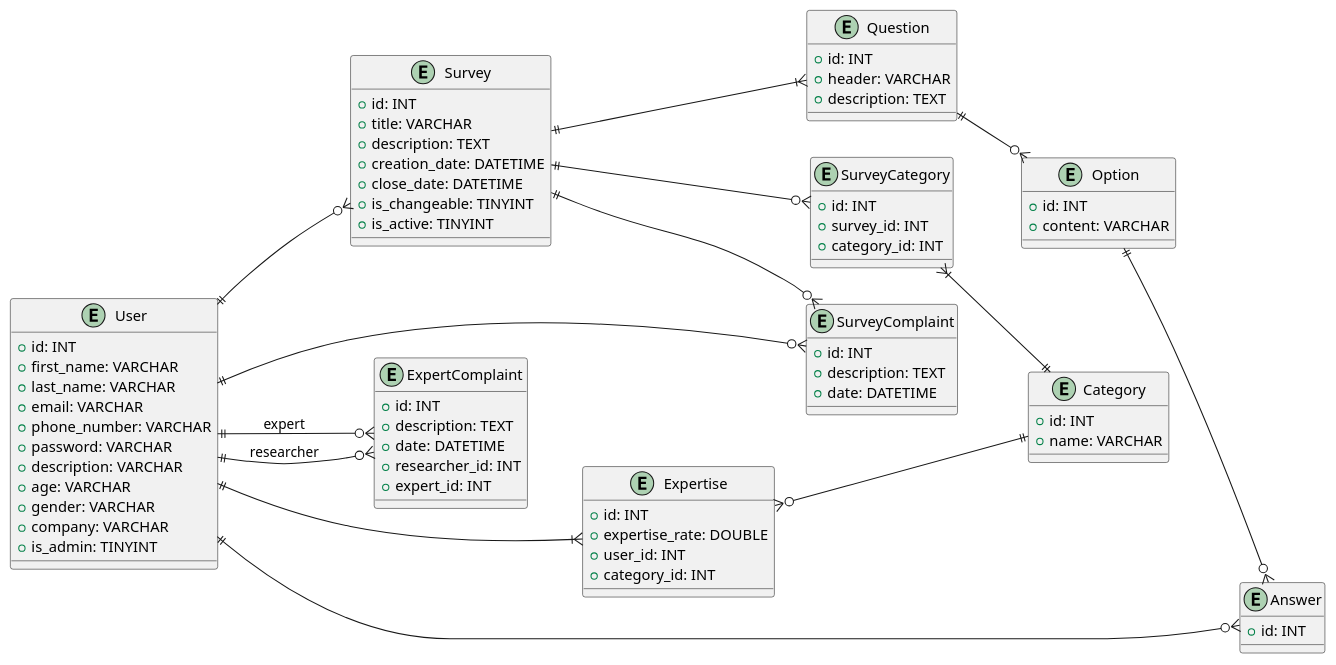
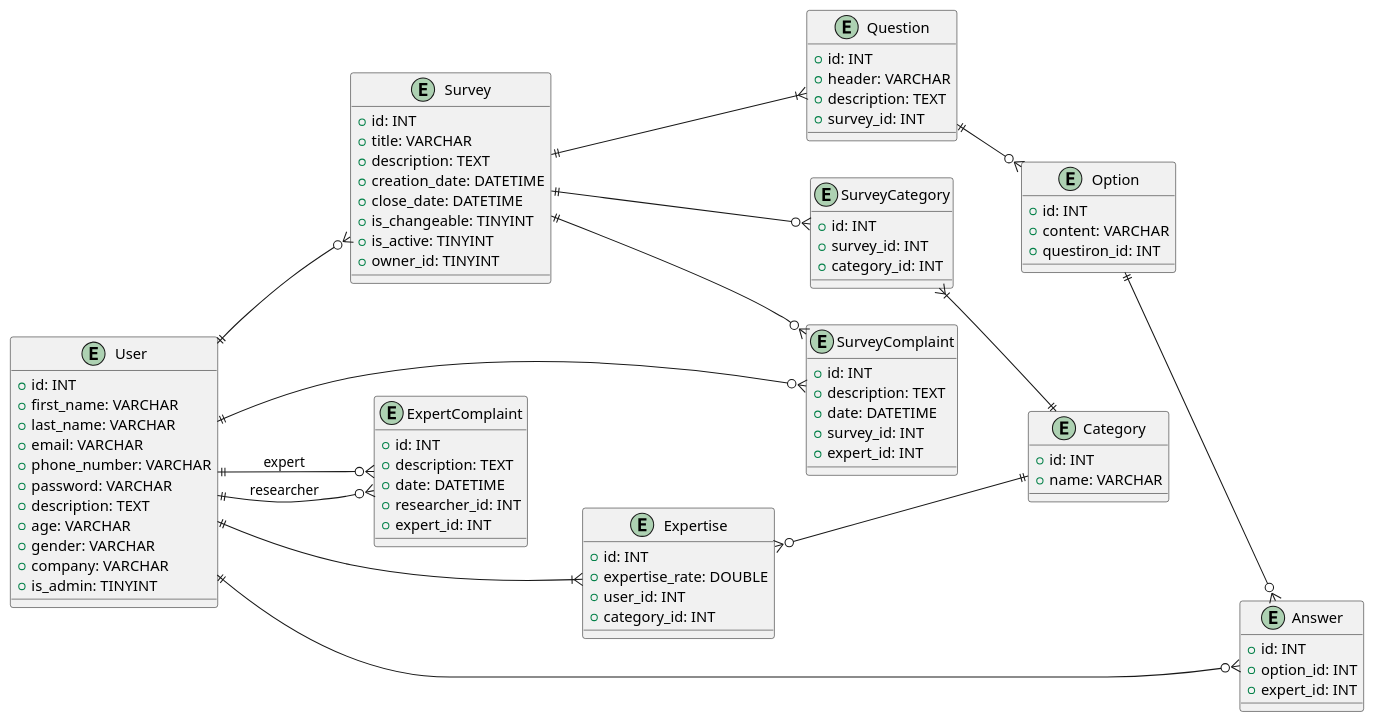
Before and after one commit to generalmaks/db_labs: the second of 2 diagrams in docs/design.md, drawn with PlantUML.

Commit message:
fix Er model

```diff
--- a/docs/design.md
+++ b/docs/design.md
@@ -150,7 +150,7 @@
     + email: VARCHAR
     + phone_number: VARCHAR
     + password: VARCHAR 
-    + description: VARCHAR
+    + description: TEXT
     + age: VARCHAR
     + gender: VARCHAR
     + company: VARCHAR
@@ -165,27 +165,34 @@
     + close_date: DATETIME
     + is_changeable: TINYINT
     + is_active: TINYINT
+    + owner_id: TINYINT
   }
   
      entity "Question" {
     + id: INT
     + header: VARCHAR 
     + description: TEXT
+    + survey_id: INT
   }
 
    entity "Option" {
     + id: INT
-    + content: VARCHAR    
+    + content: VARCHAR
+    + questiron_id: INT    
   }
   
     entity "Answer" {
-    + id: INT  
+    + id: INT
+    + option_id: INT
+    + expert_id: INT  
   }
   
     entity "SurveyComplaint" {
     + id: INT
     + description: TEXT
     + date: DATETIME
+    + survey_id: INT
+    + expert_id: INT
   }
   
     entity "SurveyCategory"{
```
